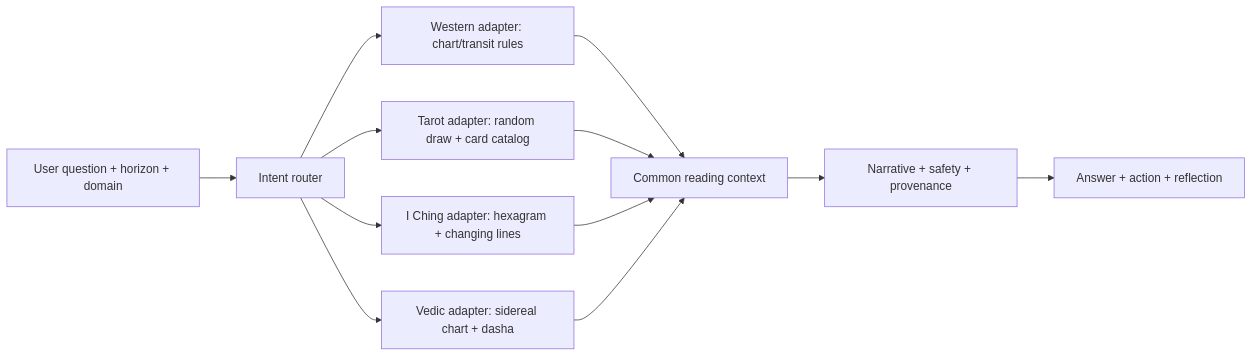
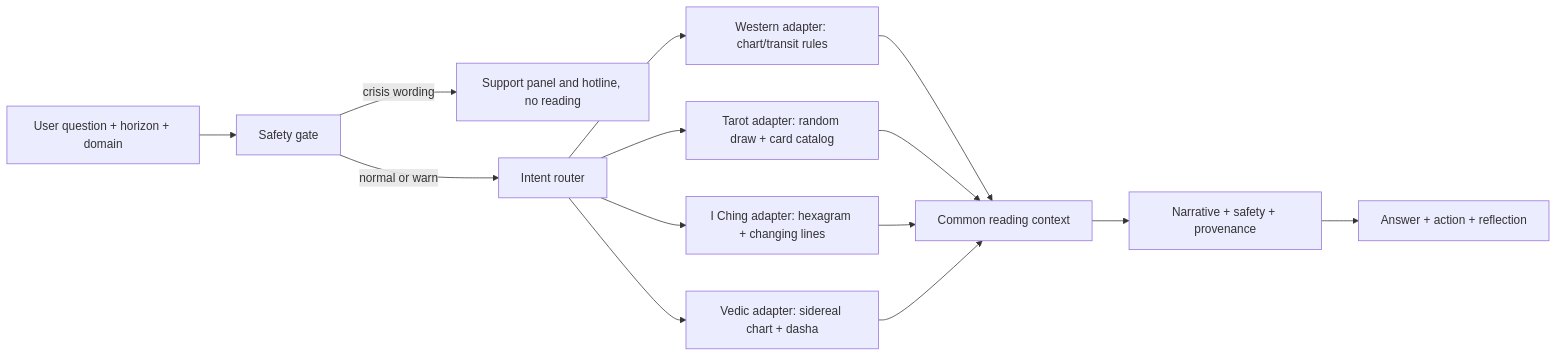
Before and after one commit to Dxrksvng/AIdailyFortune: the first of 3 diagrams in ANSWER.md, drawn with Mermaid. The commit also changed other lines of this file and 1 other file, not shown here.

````diff
--- a/ANSWER.md
+++ b/ANSWER.md
@@ -42,14 +45,16 @@
 ```mermaid
 flowchart LR
-    Q[User question + horizon + domain] --> R[Intent router]
+    Q[User question + horizon + domain] --> G[Safety gate]
+    G -->|crisis wording| H[Support panel and hotline, no reading]
+    G -->|normal or warn| R[Intent router]
     R --> W[Western adapter: chart/transit rules]
     R --> T[Tarot adapter: random draw + card catalog]
     R --> I[I Ching adapter: hexagram + changing lines]
     R --> V[Vedic adapter: sidereal chart + dasha]
     W --> C[Common reading context]
     T --> C
     I --> C
     V --> C
     C --> N[Narrative + safety + provenance]
     N --> F[Answer + action + reflection]
 ```
````
